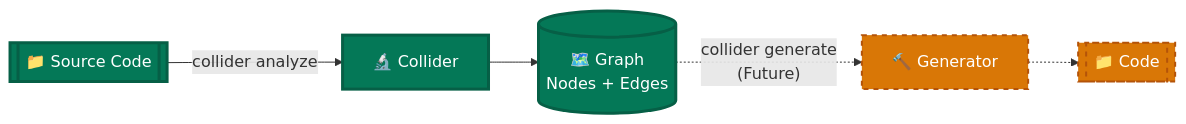
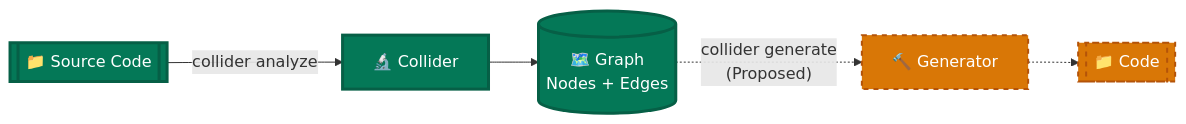
The first of 2 diagrams in README.md (leolech14/standard-model-for-computer-language), drawn with Mermaid before and after one commit. The commit also changed other lines of this file and 6 other files, not shown here.

````diff
--- a/README.md
+++ b/README.md
@@ -111,13 +135,13 @@
 ```mermaid
 graph LR
     CODE1[["📁 Source Code"]] -->|"collider analyze"| COLLIDER["🔬 Collider"]
     COLLIDER --> GRAPH[("🗺️ Graph<br/>Nodes + Edges")]
-    GRAPH -.->|"collider generate<br/>(Future)"| GEN["🔨 Generator"]
+    GRAPH -.->|"collider generate<br/>(Proposed)"| GEN["🔨 Generator"]
     GEN -.-> CODE2[["📁 Code"]]
     
     classDef implemented fill:#047857,stroke:#065f46,stroke-width:3px,color:#fff
     classDef future fill:#d97706,stroke:#b45309,stroke-width:2px,stroke-dasharray:5 5,color:#fff
     
     class CODE1,COLLIDER,GRAPH implemented
     class GEN,CODE2 future
 ```
````
